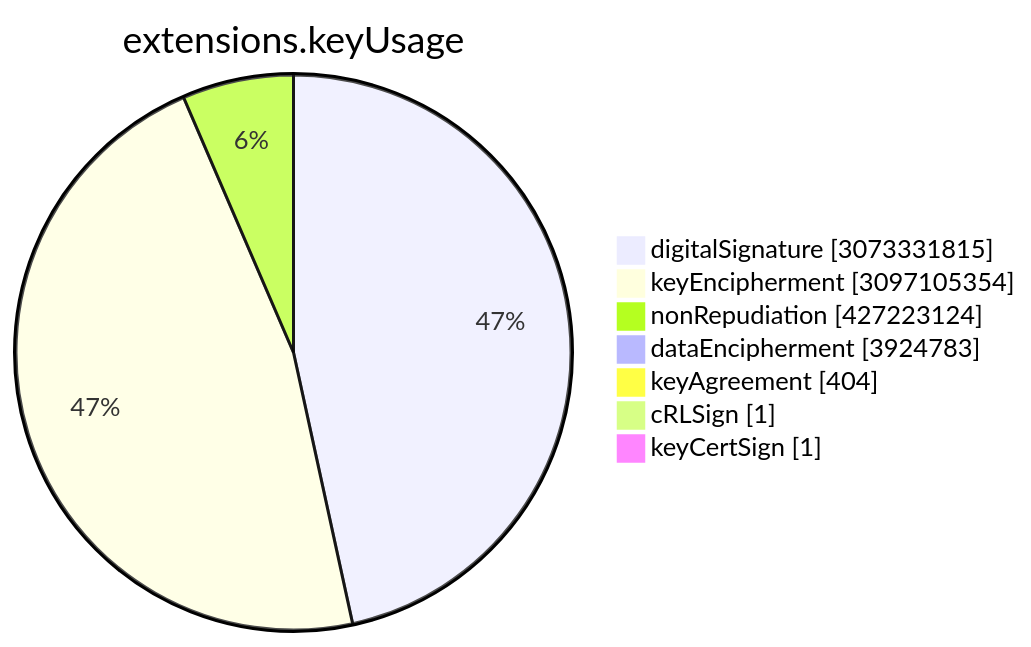
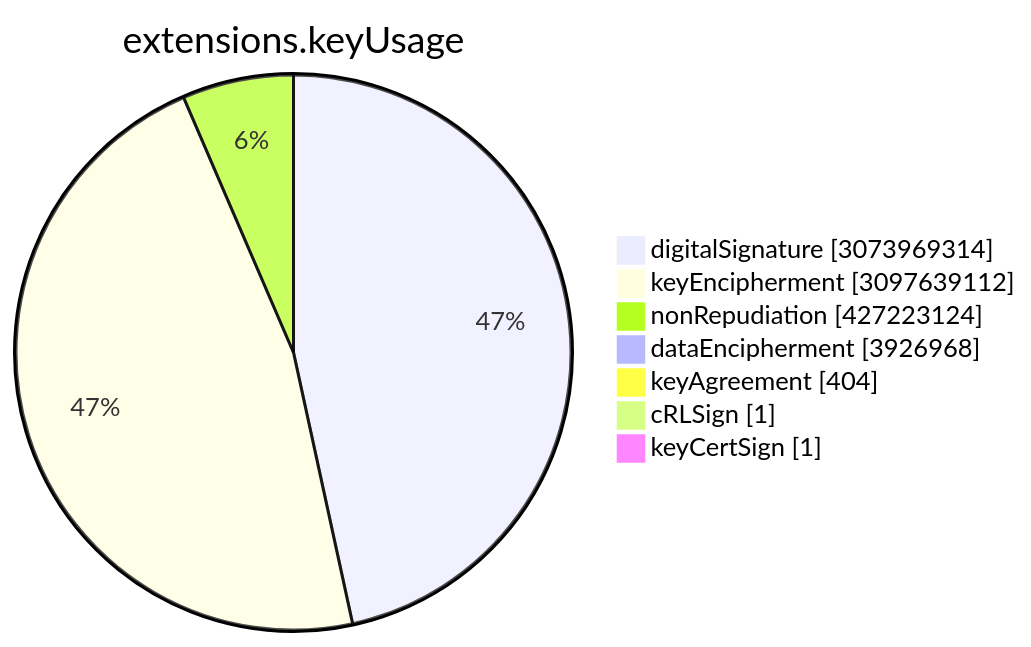
Before and after one commit to christiankrug/ctmonitor_visualization: the sixth of 15 diagrams in TOTAL/README.md, drawn with Mermaid. The commit also changed other lines of this file, not shown here.

````diff
--- a/TOTAL/README.md
+++ b/TOTAL/README.md
@@ -3077,11 +3077,11 @@
 ```mermaid
 pie showData
 title extensions.keyUsage
-"digitalSignature" :3073331815
-"keyEncipherment" :3097105354
+"digitalSignature" :3073969314
+"keyEncipherment" :3097639112
 "nonRepudiation" :427223124
-"dataEncipherment" :3924783
+"dataEncipherment" :3926968
 "keyAgreement" :404
 "cRLSign" :1
 "keyCertSign" :1
 ```
````
